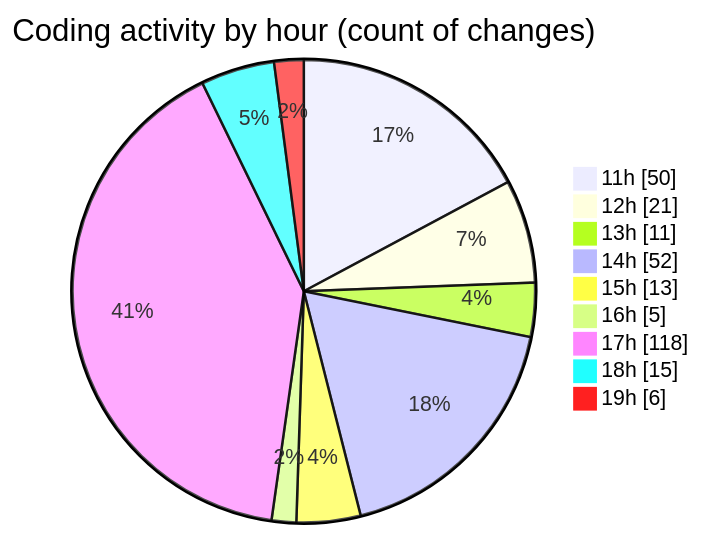
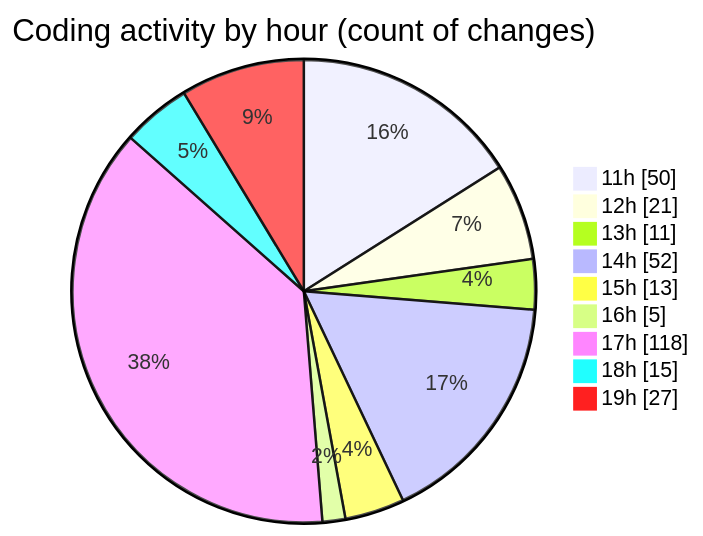
The second of 2 diagrams in 2026-02-06/singularitybrainai/README.md (tmsrecording-cyber/code-tracking), drawn with Mermaid before and after one commit. The commit also changed other lines of this file and 1 other file, not shown here.

````diff
--- a/2026-02-06/singularitybrainai/README.md
+++ b/2026-02-06/singularitybrainai/README.md
@@ -47,13 +47,13 @@
 ```mermaid
 pie showData
 title Coding activity by hour (count of changes)
 "11h" : 50
 "12h" : 21
 "13h" : 11
 "14h" : 52
 "15h" : 13
 "16h" : 5
 "17h" : 118
 "18h" : 15
-"19h" : 6
+"19h" : 27
 ```
````
